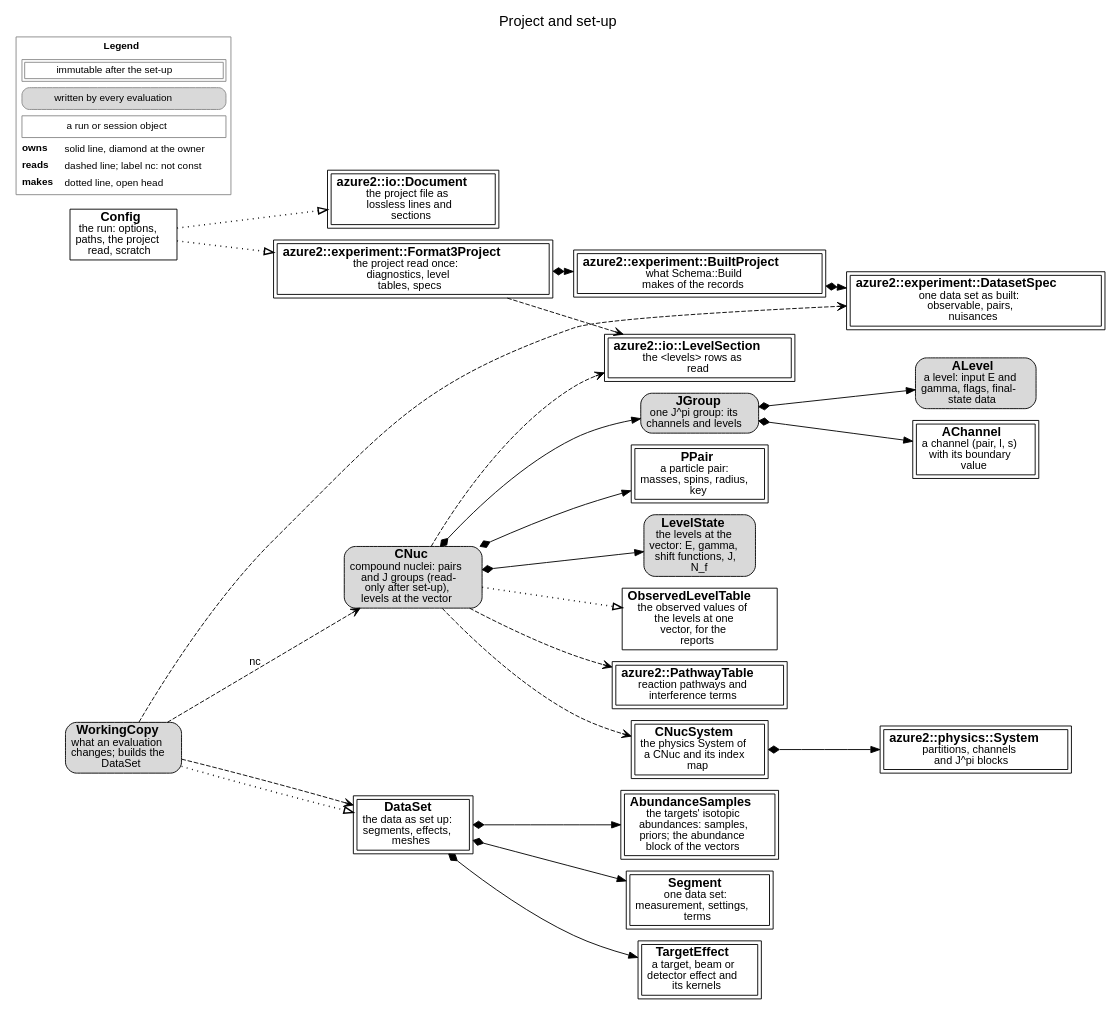
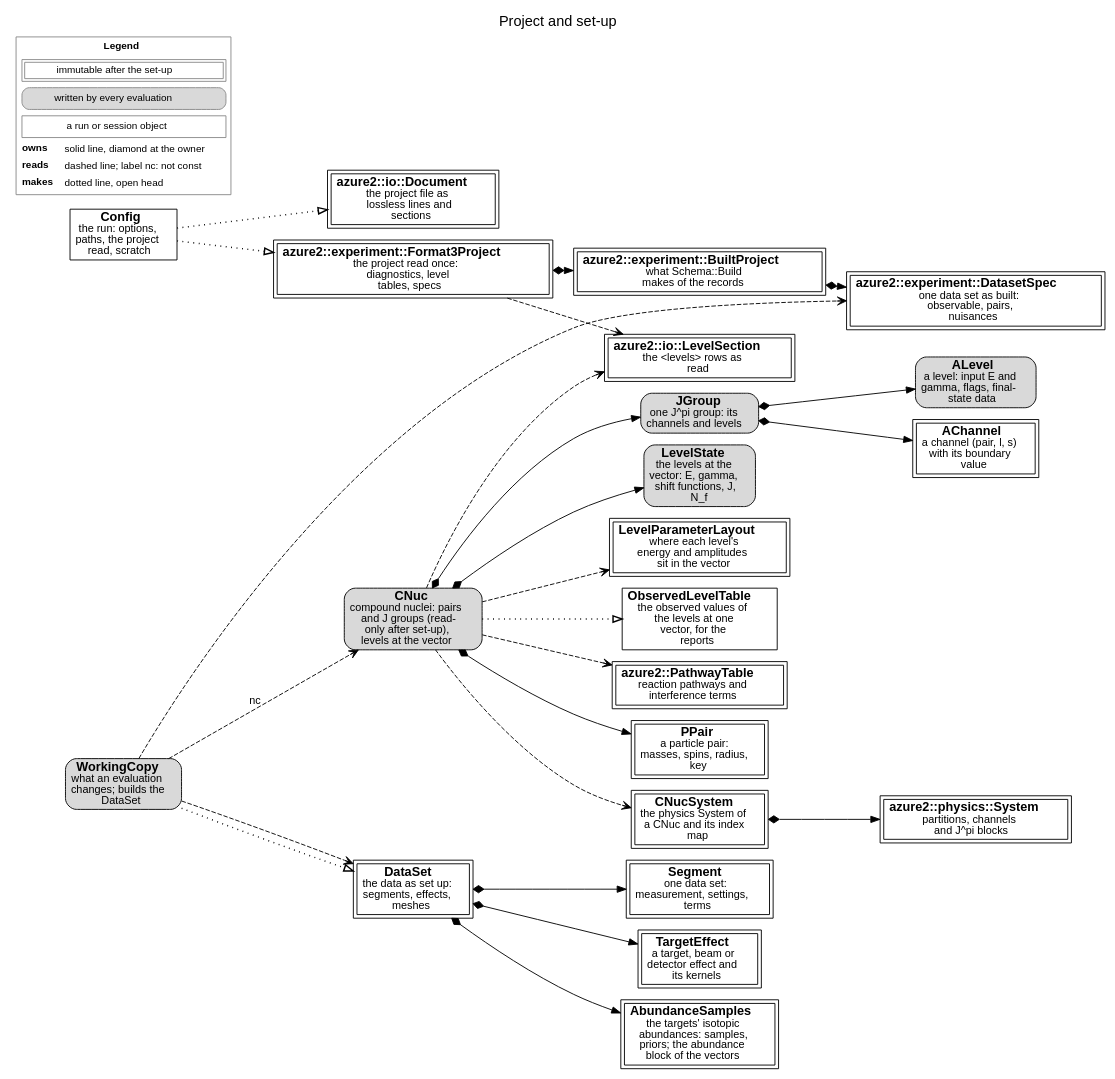
Before and after one commit to AZURE2DEV/AZURE2: the diagram in docs/source/developer/figures/setup.dot, drawn with Graphviz. The commit also changed 25 other files, not shown here.

First line of the commit message:
One layout of the level block of the parameter vector, read by every walk of it

```diff
--- a/docs/source/developer/figures/setup.dot
+++ b/docs/source/developer/figures/setup.dot
@@ -1,49 +1,51 @@
 digraph setup {
   graph [rankdir=LR, fontname="Helvetica", fontsize=16, labelloc=t, label="Project and set-up", nodesep=0.18, ranksep=0.3, newrank=true];
   node [fontname="Helvetica", fontsize=14, margin="0.08,0.04"];
   edge [fontname="Helvetica", fontsize=12];
   n_azure2__io__Document [label=<<b>azure2::io::Document</b><br/><font point-size="12">the project file as<br/>lossless lines and<br/>sections</font>>, shape=box, peripheries=2, style="filled", fillcolor="white"];
   n_azure2__io__LevelSection [label=<<b>azure2::io::LevelSection</b><br/><font point-size="12">the &lt;levels&gt; rows as<br/>read</font>>, shape=box, peripheries=2, style="filled", fillcolor="white"];
   n_azure2__experiment__Format3Project [label=<<b>azure2::experiment::Format3Project</b><br/><font point-size="12">the project read once:<br/>diagnostics, level<br/>tables, specs</font>>, shape=box, peripheries=2, style="filled", fillcolor="white"];
   n_azure2__experiment__BuiltProject [label=<<b>azure2::experiment::BuiltProject</b><br/><font point-size="12">what Schema::Build<br/>makes of the records</font>>, shape=box, peripheries=2, style="filled", fillcolor="white"];
   n_azure2__experiment__DatasetSpec [label=<<b>azure2::experiment::DatasetSpec</b><br/><font point-size="12">one data set as built:<br/>observable, pairs,<br/>nuisances</font>>, shape=box, peripheries=2, style="filled", fillcolor="white"];
   n_Config [label=<<b>Config</b><br/><font point-size="12">the run: options,<br/>paths, the project<br/>read, scratch</font>>, shape=box, style="filled", fillcolor="white"];
   n_CNuc [label=<<b>CNuc</b><br/><font point-size="12">compound nuclei: pairs<br/>and J groups (read-<br/>only after set-up),<br/>levels at the vector</font>>, shape=box, style="rounded,filled", fillcolor="#d9d9d9"];
   n_PPair [label=<<b>PPair</b><br/><font point-size="12">a particle pair:<br/>masses, spins, radius,<br/>key</font>>, shape=box, peripheries=2, style="filled", fillcolor="white"];
   n_JGroup [label=<<b>JGroup</b><br/><font point-size="12">one J^pi group: its<br/>channels and levels</font>>, shape=box, style="rounded,filled", fillcolor="#d9d9d9"];
   n_AChannel [label=<<b>AChannel</b><br/><font point-size="12">a channel (pair, l, s)<br/>with its boundary<br/>value</font>>, shape=box, peripheries=2, style="filled", fillcolor="white"];
   n_ALevel [label=<<b>ALevel</b><br/><font point-size="12">a level: input E and<br/>gamma, flags, final-<br/>state data</font>>, shape=box, style="rounded,filled", fillcolor="#d9d9d9"];
   n_LevelState [label=<<b>LevelState</b><br/><font point-size="12">the levels at the<br/>vector: E, gamma,<br/>shift functions, J,<br/>N_f</font>>, shape=box, style="rounded,filled", fillcolor="#d9d9d9"];
+  n_LevelParameterLayout [label=<<b>LevelParameterLayout</b><br/><font point-size="12">where each level&#x27;s<br/>energy and amplitudes<br/>sit in the vector</font>>, shape=box, peripheries=2, style="filled", fillcolor="white"];
   n_ObservedLevelTable [label=<<b>ObservedLevelTable</b><br/><font point-size="12">the observed values of<br/>the levels at one<br/>vector, for the<br/>reports</font>>, shape=box, style="filled", fillcolor="white"];
   n_CNucSystem [label=<<b>CNucSystem</b><br/><font point-size="12">the physics System of<br/>a CNuc and its index<br/>map</font>>, shape=box, peripheries=2, style="filled", fillcolor="white"];
   n_azure2__physics__System [label=<<b>azure2::physics::System</b><br/><font point-size="12">partitions, channels<br/>and J^pi blocks</font>>, shape=box, peripheries=2, style="filled", fillcolor="white"];
   n_azure2__PathwayTable [label=<<b>azure2::PathwayTable</b><br/><font point-size="12">reaction pathways and<br/>interference terms</font>>, shape=box, peripheries=2, style="filled", fillcolor="white"];
   n_DataSet [label=<<b>DataSet</b><br/><font point-size="12">the data as set up:<br/>segments, effects,<br/>meshes</font>>, shape=box, peripheries=2, style="filled", fillcolor="white"];
   n_AbundanceSamples [label=<<b>AbundanceSamples</b><br/><font point-size="12">the targets&#x27; isotopic<br/>abundances: samples,<br/>priors; the abundance<br/>block of the vectors</font>>, shape=box, peripheries=2, style="filled", fillcolor="white"];
   n_Segment [label=<<b>Segment</b><br/><font point-size="12">one data set:<br/>measurement, settings,<br/>terms</font>>, shape=box, peripheries=2, style="filled", fillcolor="white"];
   n_TargetEffect [label=<<b>TargetEffect</b><br/><font point-size="12">a target, beam or<br/>detector effect and<br/>its kernels</font>>, shape=box, peripheries=2, style="filled", fillcolor="white"];
   n_WorkingCopy [label=<<b>WorkingCopy</b><br/><font point-size="12">what an evaluation<br/>changes; builds the<br/>DataSet</font>>, shape=box, style="rounded,filled", fillcolor="#d9d9d9"];
   n_Config -> n_azure2__io__Document [style=dotted, penwidth=1.6, arrowhead=empty];
   n_Config -> n_azure2__experiment__Format3Project [style=dotted, penwidth=1.6, arrowhead=empty];
   n_azure2__experiment__Format3Project -> n_azure2__io__LevelSection [style=dashed, arrowhead=vee];
   n_azure2__experiment__Format3Project -> n_azure2__experiment__BuiltProject [style=solid, dir=both, arrowtail=diamond, arrowhead=normal];
   n_azure2__experiment__BuiltProject -> n_azure2__experiment__DatasetSpec [style=solid, dir=both, arrowtail=diamond, arrowhead=normal];
   n_CNuc -> n_azure2__io__LevelSection [style=dashed, arrowhead=vee];
   n_CNuc -> n_PPair [style=solid, dir=both, arrowtail=diamond, arrowhead=normal];
   n_CNuc -> n_JGroup [style=solid, dir=both, arrowtail=diamond, arrowhead=normal];
   n_JGroup -> n_AChannel [style=solid, dir=both, arrowtail=diamond, arrowhead=normal];
   n_JGroup -> n_ALevel [style=solid, dir=both, arrowtail=diamond, arrowhead=normal];
   n_CNuc -> n_LevelState [style=solid, dir=both, arrowtail=diamond, arrowhead=normal];
+  n_CNuc -> n_LevelParameterLayout [style=dashed, arrowhead=vee];
   n_CNuc -> n_ObservedLevelTable [style=dotted, penwidth=1.6, arrowhead=empty];
   n_CNuc -> n_CNucSystem [style=dashed, arrowhead=vee];
   n_CNucSystem -> n_azure2__physics__System [style=solid, dir=both, arrowtail=diamond, arrowhead=normal];
   n_CNuc -> n_azure2__PathwayTable [style=dashed, arrowhead=vee];
   n_WorkingCopy -> n_azure2__experiment__DatasetSpec [style=dashed, arrowhead=vee];
   n_WorkingCopy -> n_CNuc [style=dashed, arrowhead=vee, label=" nc"];
   n_WorkingCopy -> n_DataSet [style=dotted, penwidth=1.6, arrowhead=empty];
   n_WorkingCopy -> n_DataSet [style=dashed, arrowhead=vee];
   n_DataSet -> n_Segment [style=solid, dir=both, arrowtail=diamond, arrowhead=normal];
   n_DataSet -> n_TargetEffect [style=solid, dir=both, arrowtail=diamond, arrowhead=normal];
   n_DataSet -> n_AbundanceSamples [style=solid, dir=both, arrowtail=diamond, arrowhead=normal];
   legend [shape=plaintext, fontsize=11, label=<<TABLE BORDER="1" CELLBORDER="0" CELLSPACING="3" COLOR="#888888"><TR><TD COLSPAN="2"><B>Legend</B></TD></TR><TR><TD COLSPAN="2"><TABLE BORDER="1" CELLBORDER="1" CELLSPACING="2" CELLPADDING="2"><TR><TD>immutable after the set-up</TD></TR></TABLE></TD></TR><TR><TD COLSPAN="2"><TABLE BORDER="1" CELLBORDER="0" CELLPADDING="3" STYLE="rounded" BGCOLOR="#d9d9d9"><TR><TD>written by every evaluation</TD></TR></TABLE></TD></TR><TR><TD COLSPAN="2"><TABLE BORDER="1" CELLBORDER="0" CELLPADDING="3" ><TR><TD>a run or session object</TD></TR></TABLE></TD></TR><TR><TD ALIGN="LEFT"><B>owns</B></TD><TD ALIGN="LEFT">solid line, diamond at the owner</TD></TR><TR><TD ALIGN="LEFT"><B>reads</B></TD><TD ALIGN="LEFT">dashed line; label nc: not const</TD></TR><TR><TD ALIGN="LEFT"><B>makes</B></TD><TD ALIGN="LEFT">dotted line, open head</TD></TR></TABLE>>];
 }
```
